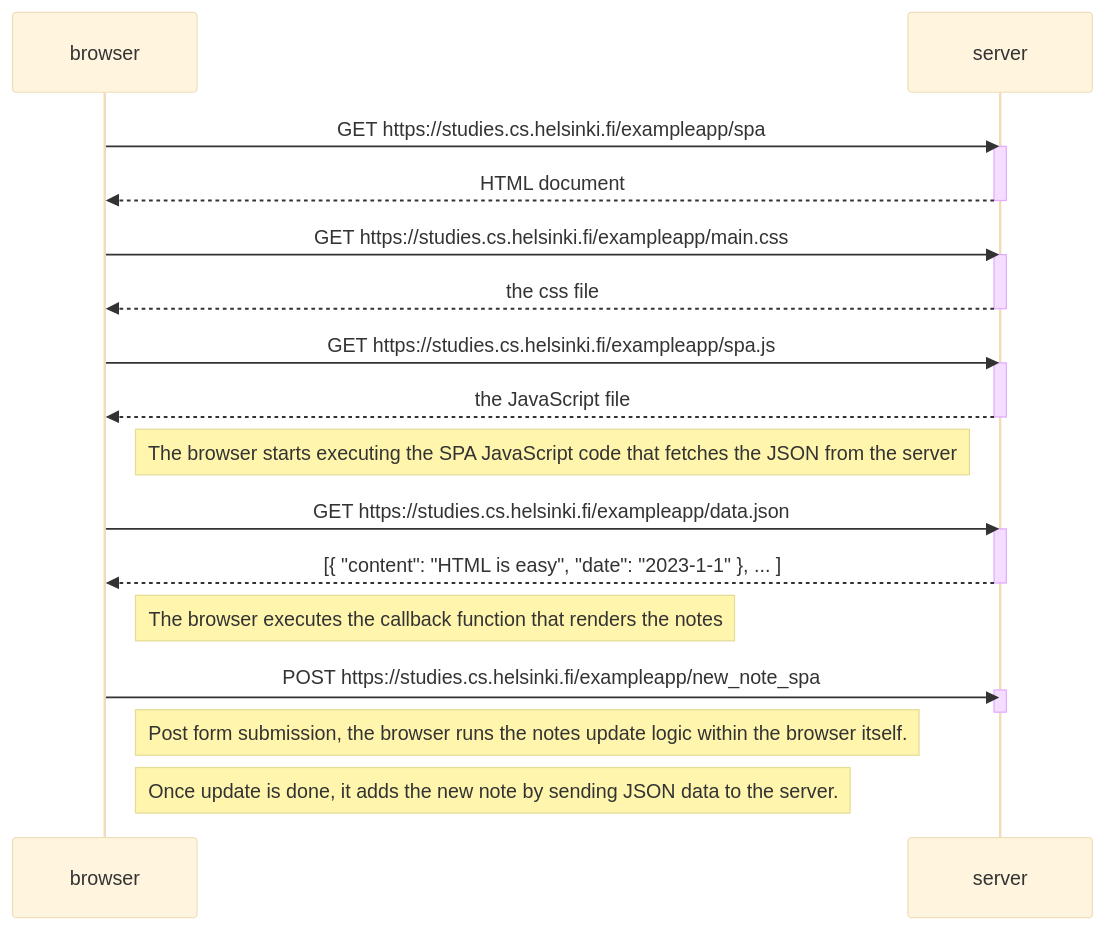
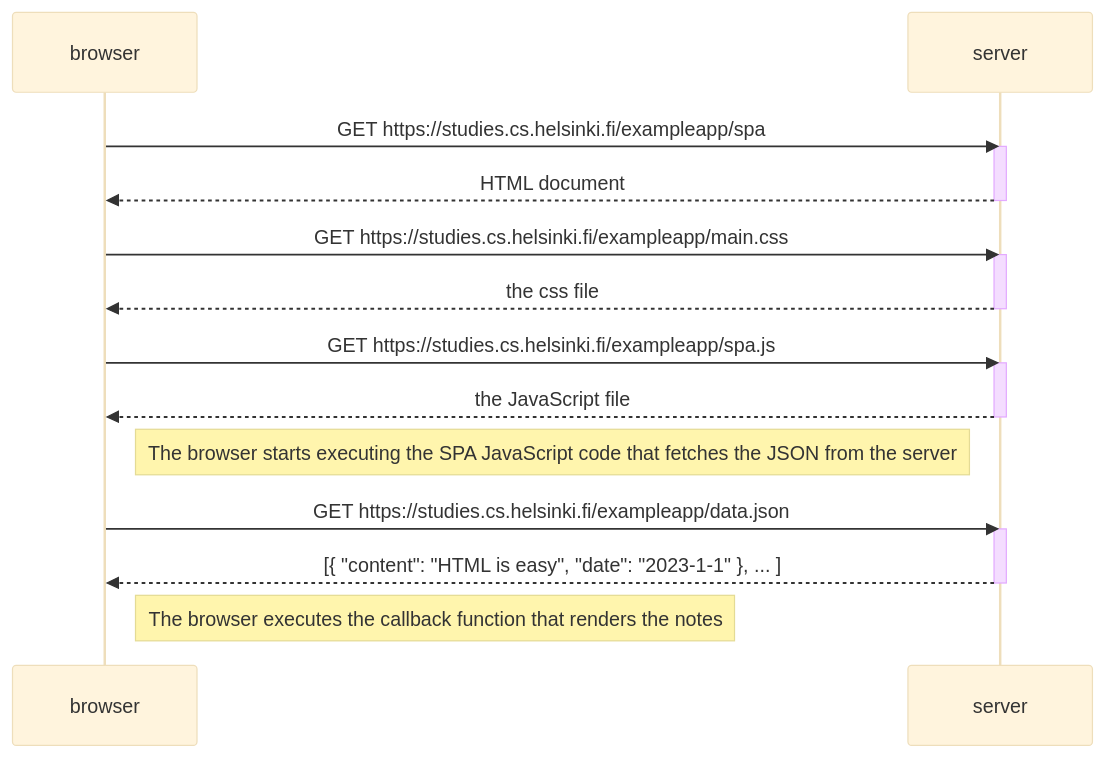
Before and after one commit to samarthdotdev/fso: the diagram in part0/0.5.md, drawn with Mermaid (base theme).

````diff
--- a/part0/0.5.md
+++ b/part0/0.5.md
@@ -1,36 +1,29 @@
 ```mermaid
 sequenceDiagram
     participant browser
     participant server
 
     browser->>server: GET https://studies.cs.helsinki.fi/exampleapp/spa
     activate server
     server-->>browser: HTML document
     deactivate server
 
     browser->>server: GET https://studies.cs.helsinki.fi/exampleapp/main.css
     activate server
     server-->>browser: the css file
     deactivate server
 
     browser->>server: GET https://studies.cs.helsinki.fi/exampleapp/spa.js
     activate server
     server-->>browser: the JavaScript file
     deactivate server
 
     Note right of browser: The browser starts executing the SPA JavaScript code that fetches the JSON from the server
 
     browser->>server: GET https://studies.cs.helsinki.fi/exampleapp/data.json
     activate server
     server-->>browser: [{ "content": "HTML is easy", "date": "2023-1-1" }, ... ]
     deactivate server
 
     Note right of browser: The browser executes the callback function that renders the notes
-
-    browser->>server: POST https://studies.cs.helsinki.fi/exampleapp/new_note_spa
-    activate server
-    deactivate server
-
-    Note right of browser: Post form submission, the browser runs the notes update logic within the browser itself.
-    Note right of browser: Once update is done, it adds the new note by sending JSON data to the server.
 ```
````
